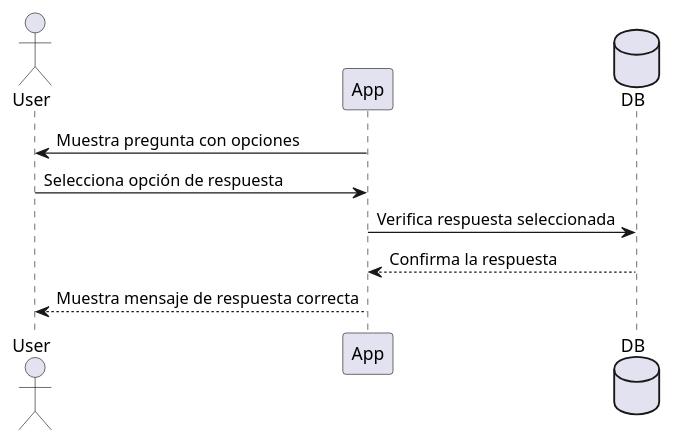
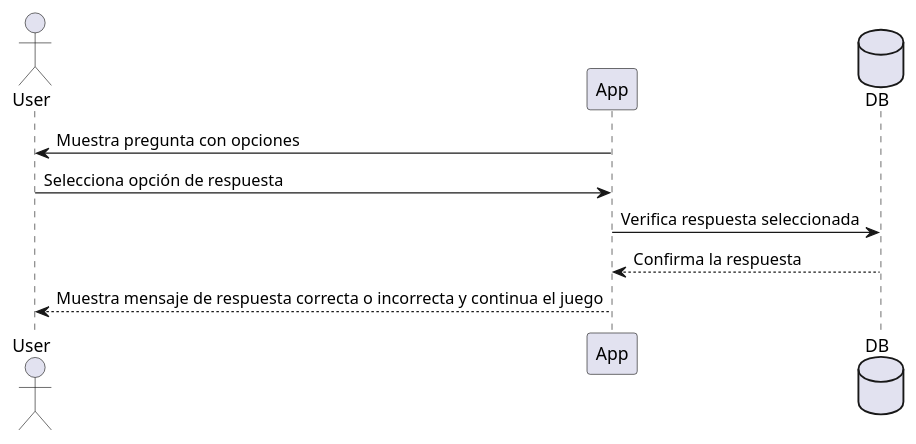
Before and after one commit to Arquisoft/wiq_es6b: the third of 5 diagrams in docs/src/06_runtime_view.adoc, drawn with PlantUML. The commit also changed other lines of this file, not shown here.

```diff
--- a/docs/src/06_runtime_view.adoc
+++ b/docs/src/06_runtime_view.adoc
@@ -38,12 +38,12 @@
 [plantuml,"Sequence diagram",png]
 ----
 actor User
 participant App
 database DB
 
 User <- App: Muestra pregunta con opciones
 User -> App: Selecciona opción de respuesta
 App -> DB: Verifica respuesta seleccionada
 App <-- DB: Confirma la respuesta
-User <-- App: Muestra mensaje de respuesta correcta
+User <-- App: Muestra mensaje de respuesta correcta o incorrecta y continua el juego
 ----
```
